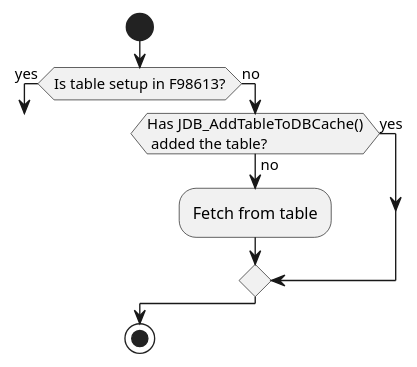
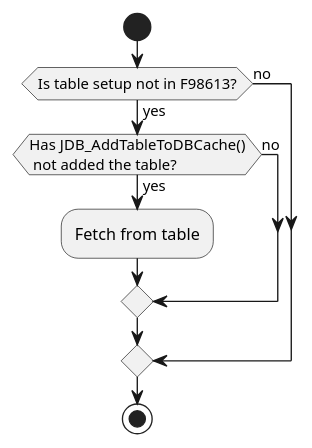
Before and after one commit to GiovaniPM/DMNTests: the diagram in Courses/JDE Cache/E1 Cache Concepts – JDB Cache – Part 2 .md, drawn with PlantUML.

Commit message:
giova(DESKTOP-PG18CKU) 210220101214

````diff
--- a/Courses/JDE Cache/E1 Cache Concepts – JDB Cache – Part 2 .md
+++ b/Courses/JDE Cache/E1 Cache Concepts – JDB Cache – Part 2 .md
@@ -22,16 +22,15 @@
 ``` plantuml
 @startuml
 start
 
-if (Is table setup in F98613?) then (yes)
-    break
+if (Is table setup not in F98613?) then (yes)
+    if (Has JDB_AddTableToDBCache()\n not added the table?) then (yes)
+        :Fetch from table;
+    else (no)
+    endif
 else (no)
-    if (Has JDB_AddTableToDBCache()\n added the table?) then (yes)
-    else (no)
-        :Fetch from table;
-    endif
 endif
 
 stop
 @enduml
 ```
````
